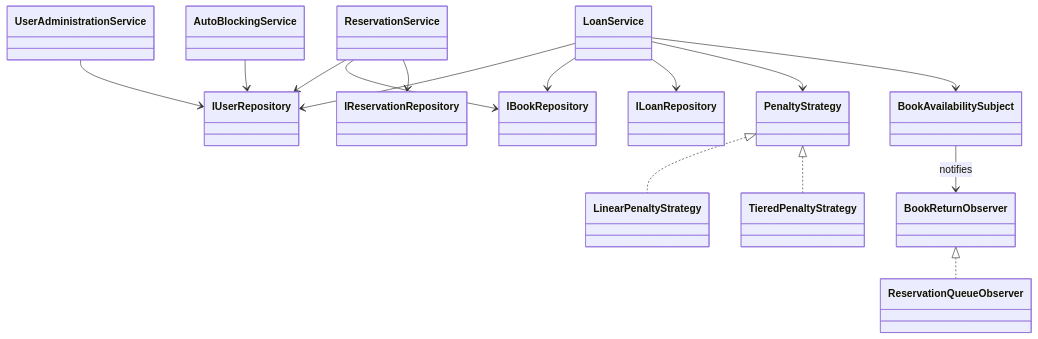
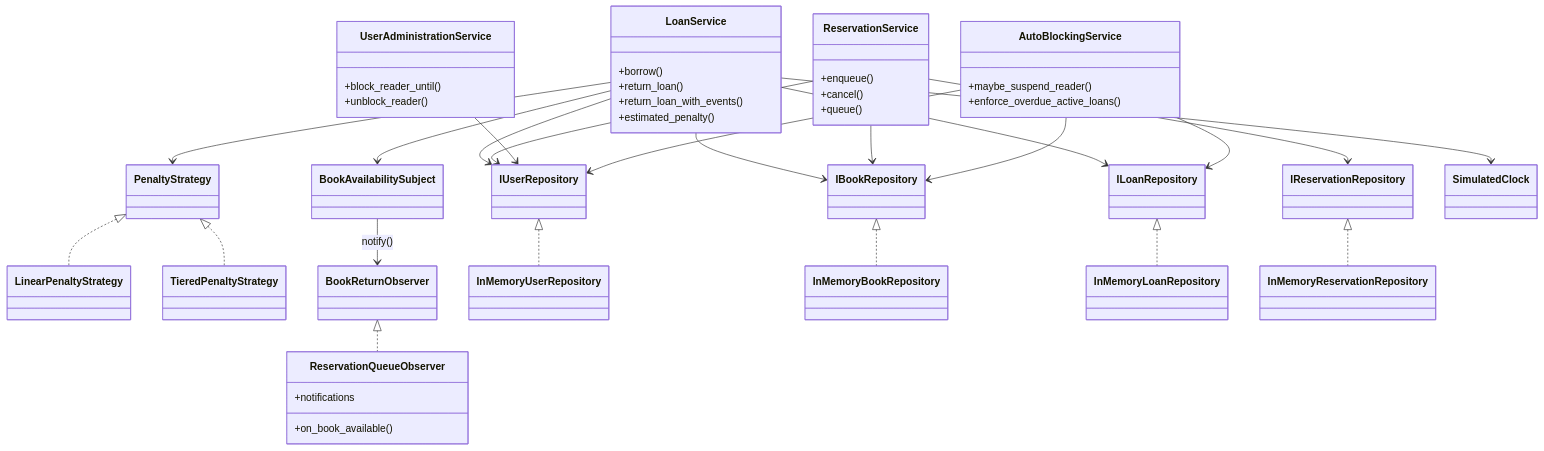
One commit to nststl/project_analyz_refacor changed the diagram in docs/diagrams/class_diagram.md. Above: the diagram before and after it, drawn with Mermaid. The commit also changed other lines of this file and 13 other files, not shown here.

````diff
--- a/docs/diagrams/class_diagram.md
+++ b/docs/diagrams/class_diagram.md
@@ -3,32 +3,66 @@
 ```mermaid
 classDiagram
   direction TB
-  class LoanService
-  class ReservationService
-  class UserAdministrationService
-  class AutoBlockingService
+
+  class LoanService {
+    +borrow()
+    +return_loan()
+    +return_loan_with_events()
+    +estimated_penalty()
+  }
+  class ReservationService {
+    +enqueue()
+    +cancel()
+    +queue()
+  }
+  class UserAdministrationService {
+    +block_reader_until()
+    +unblock_reader()
+  }
+  class AutoBlockingService {
+    +maybe_suspend_reader()
+    +enforce_overdue_active_loans()
+  }
+  class ReservationQueueObserver {
+    +on_book_available()
+    +notifications
+  }
+
   class IUserRepository
   class IBookRepository
   class ILoanRepository
   class IReservationRepository
   class PenaltyStrategy
   class LinearPenaltyStrategy
   class TieredPenaltyStrategy
   class BookAvailabilitySubject
   class BookReturnObserver
+  class SimulatedClock
 
   LoanService --> IUserRepository
   LoanService --> IBookRepository
   LoanService --> ILoanRepository
   LoanService --> PenaltyStrategy
   LoanService --> BookAvailabilitySubject
+  LoanService --> SimulatedClock
   ReservationService --> IUserRepository
   ReservationService --> IBookRepository
   ReservationService --> IReservationRepository
   UserAdministrationService --> IUserRepository
   AutoBlockingService --> IUserRepository
+  AutoBlockingService --> ILoanRepository
+  AutoBlockingService --> IBookRepository
   PenaltyStrategy <|.. LinearPenaltyStrategy
   PenaltyStrategy <|.. TieredPenaltyStrategy
   BookReturnObserver <|.. ReservationQueueObserver
-  BookAvailabilitySubject --> BookReturnObserver : notifies
+  BookAvailabilitySubject --> BookReturnObserver : notify()
+
+  class InMemoryUserRepository
+  class InMemoryBookRepository
+  class InMemoryLoanRepository
+  class InMemoryReservationRepository
+  IUserRepository <|.. InMemoryUserRepository
+  IBookRepository <|.. InMemoryBookRepository
+  ILoanRepository <|.. InMemoryLoanRepository
+  IReservationRepository <|.. InMemoryReservationRepository
 ```
````
